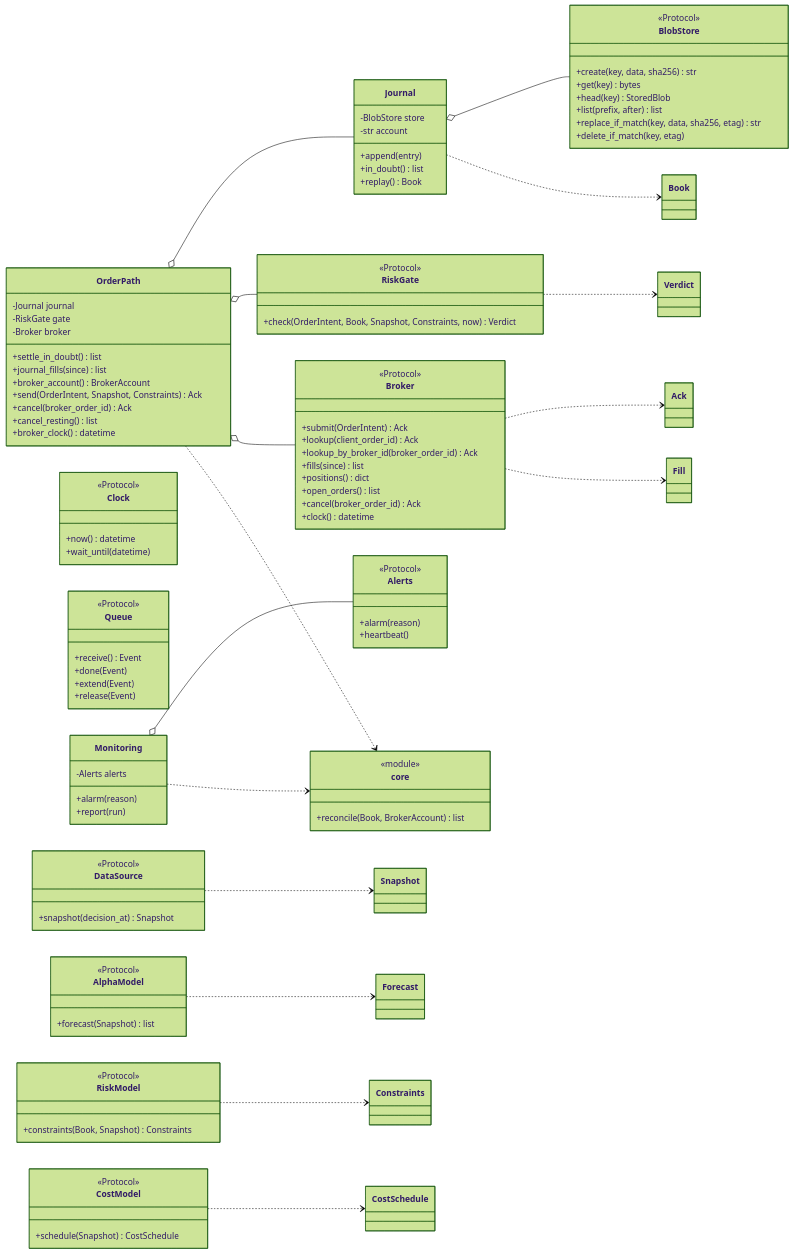
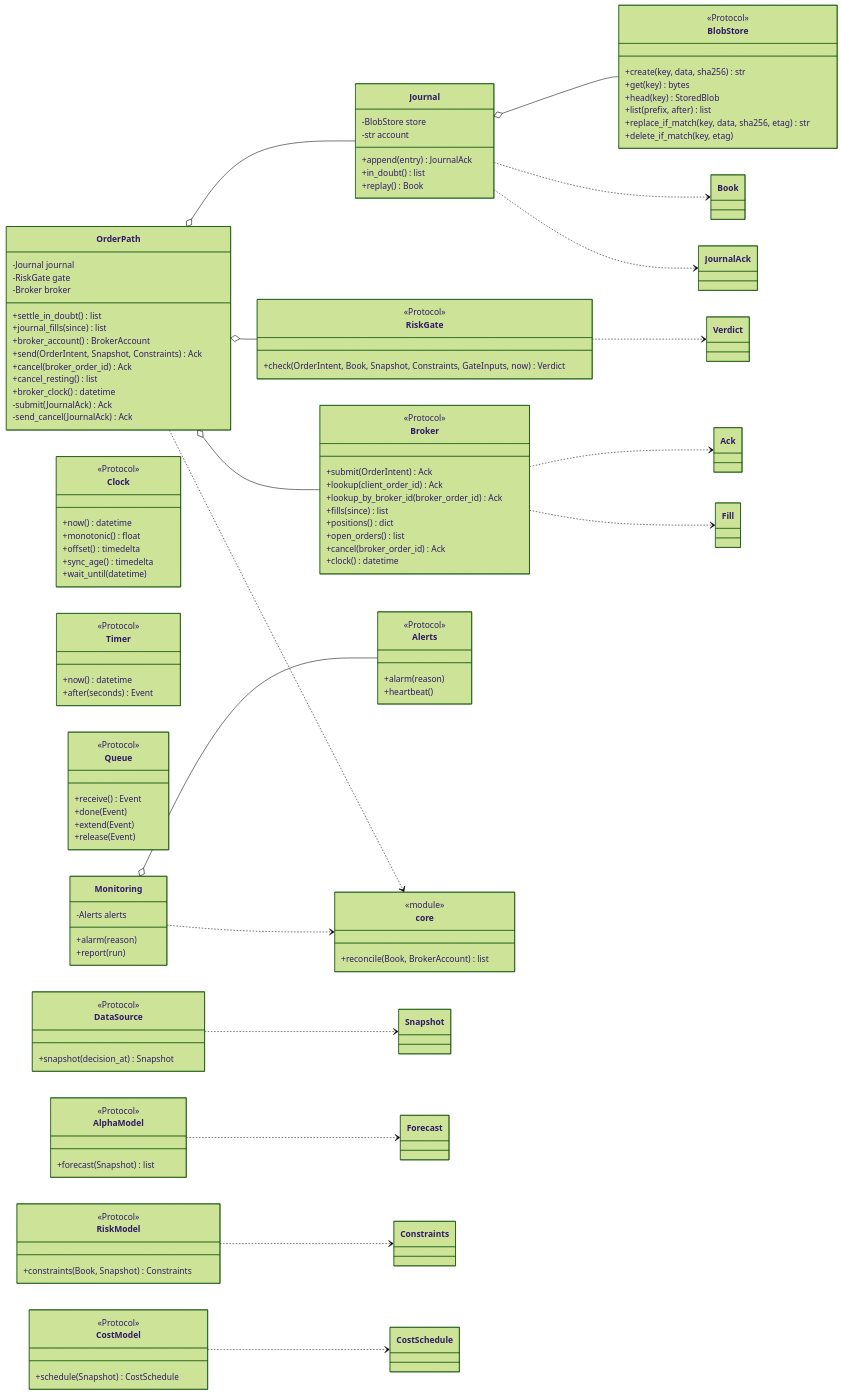
Diagram 20 of 25 in docs/architecture.md (l3a0/ithildin-runtime), drawn with Mermaid (forest theme) before and after one commit. The commit also changed other lines of this file and 3 other files, not shown here.

````diff
--- a/docs/architecture.md
+++ b/docs/architecture.md
@@ -1681,7 +1726,15 @@
     class Clock {
         <<Protocol>>
         +now() datetime
+        +monotonic() float
+        +offset() timedelta
+        +sync_age() timedelta
         +wait_until(datetime)
+    }
+    class Timer {
+        <<Protocol>>
+        +now() datetime
+        +after(seconds) Event
     }
     class Queue {
         <<Protocol>>
@@ -1715,7 +1768,7 @@
     }
     class RiskGate {
         <<Protocol>>
-        +check(OrderIntent, Book, Snapshot, Constraints, now) Verdict
+        +check(OrderIntent, Book, Snapshot, Constraints, GateInputs, now) Verdict
     }
     class BlobStore {
         <<Protocol>>
@@ -1734,7 +1787,7 @@
     class Journal {
         -BlobStore store
         -str account
-        +append(entry)
+        +append(entry) JournalAck
         +in_doubt() list
         +replay() Book
     }
@@ -1749,6 +1802,8 @@
         +cancel(broker_order_id) Ack
         +cancel_resting() list
         +broker_clock() datetime
+        -submit(JournalAck) Ack
+        -send_cancel(JournalAck) Ack
     }
     class Monitoring {
         -Alerts alerts
@@ -1773,6 +1828,7 @@
     Broker ..> Ack
     Broker ..> Fill
     Journal ..> Book
+    Journal ..> JournalAck
     OrderPath ..> core
     Monitoring ..> core
 ```
````
